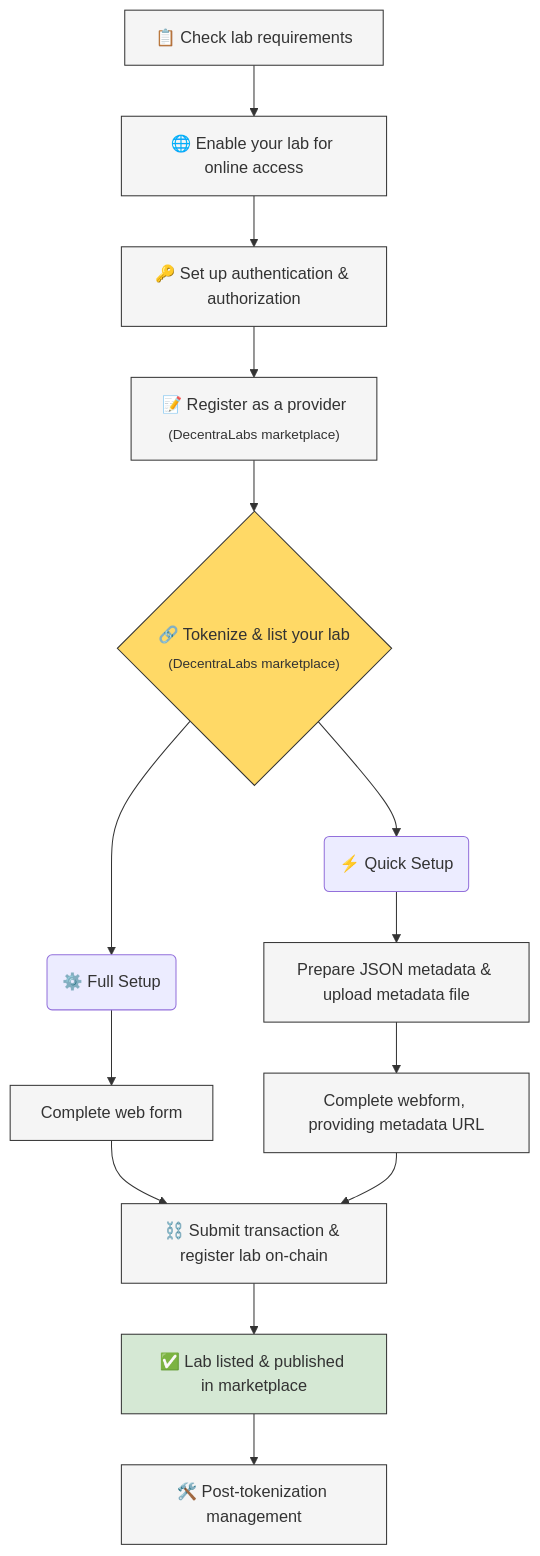
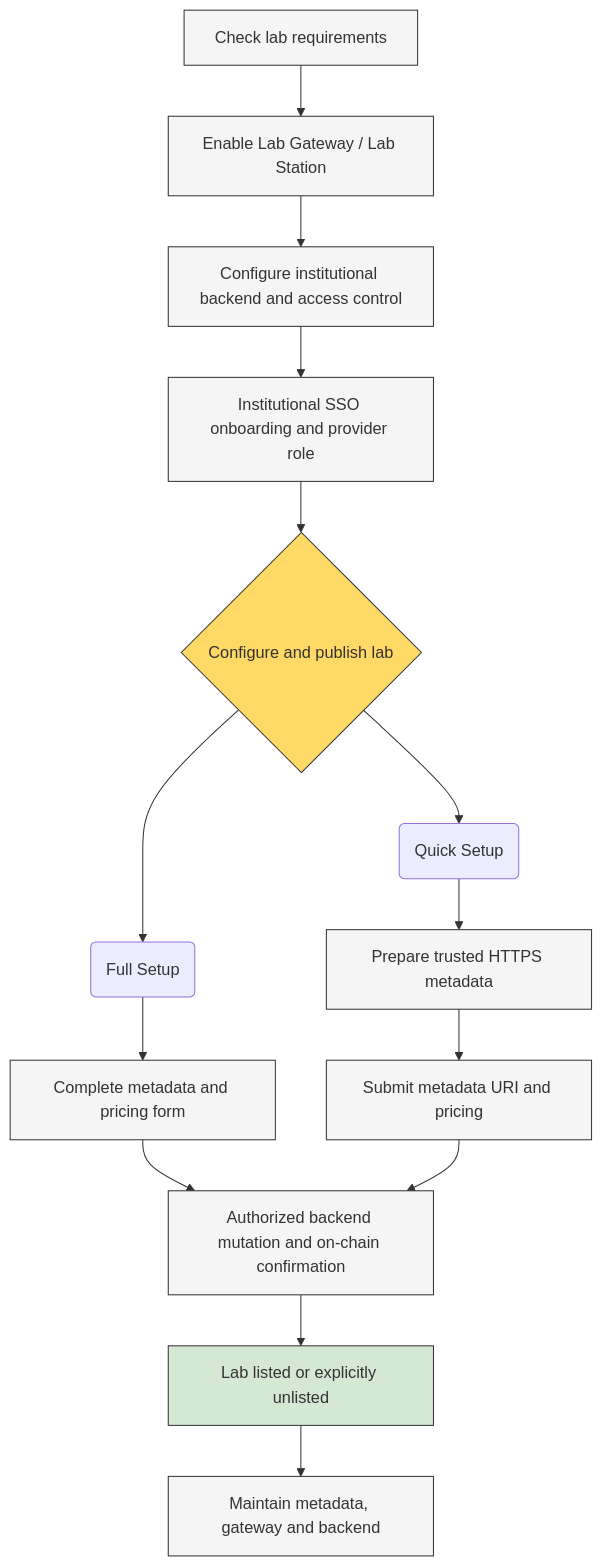
The diagram in become-a-provider/graphical-overview.md (DecentraLabsCom/Marketplace), drawn with Mermaid before and after one commit. The commit also changed other lines of this file and 194 other files, not shown here.

````diff
--- a/become-a-provider/graphical-overview.md
+++ b/become-a-provider/graphical-overview.md
@@ -5,25 +5,24 @@
 ```mermaid
 flowchart TD
-    A[📋 Check lab requirements]:::step --> B[🌐 Enable your lab for online access]:::step
-    B --> C[🔑 Set up authentication & authorization]:::step
-    C --> D["📝 Register as a provider<br/><sub>(DecentraLabs marketplace)</sub>"]:::step
+    A[Check lab requirements]:::step --> B[Enable Lab Gateway / Lab Station]:::step
+    B --> C[Configure institutional backend and access control]:::step
+    C --> D[Institutional SSO onboarding and provider role]:::step
 
-    D --> E{"🔗 Tokenize & list your lab<br/><sub>(DecentraLabs marketplace)</sub>"}:::decision
+    D --> E{"Configure and publish lab"}:::decision
 
-    E --> F1(⚙️ Full Setup)
-    F1 --> F11[Complete web form]:::step
-    F11 --> G1[⛓️ Submit transaction & register lab on-chain]:::step
+    E --> F1(Full Setup)
+    F1 --> F11[Complete metadata and pricing form]:::step
+    F11 --> G1[Authorized backend mutation and on-chain confirmation]:::step
 
-    E --> F2(⚡ Quick Setup)
-    F2 --> F21[Prepare JSON metadata & upload metadata file]:::step
-    F21 --> F22[Complete webform, providing metadata URL]:::step
+    E --> F2(Quick Setup)
+    F2 --> F21[Prepare trusted HTTPS metadata]:::step
+    F21 --> F22[Submit metadata URI and pricing]:::step
     F22 --> G1
 
-    G1 --> H[✅ Lab listed & published in marketplace]:::result
-    H --> I[🛠️ Post-tokenization management]:::step
+    G1 --> H[Lab listed or explicitly unlisted]:::result
+    H --> I[Maintain metadata, gateway and backend]:::step
 
     classDef step fill:#f5f5f5,stroke:#333,stroke-width:1px;
     classDef decision fill:#ffd966,stroke:#333,stroke-width:1px;
     classDef result fill:#d5e8d4,stroke:#333,stroke-width:1px;
-
 ```
````
